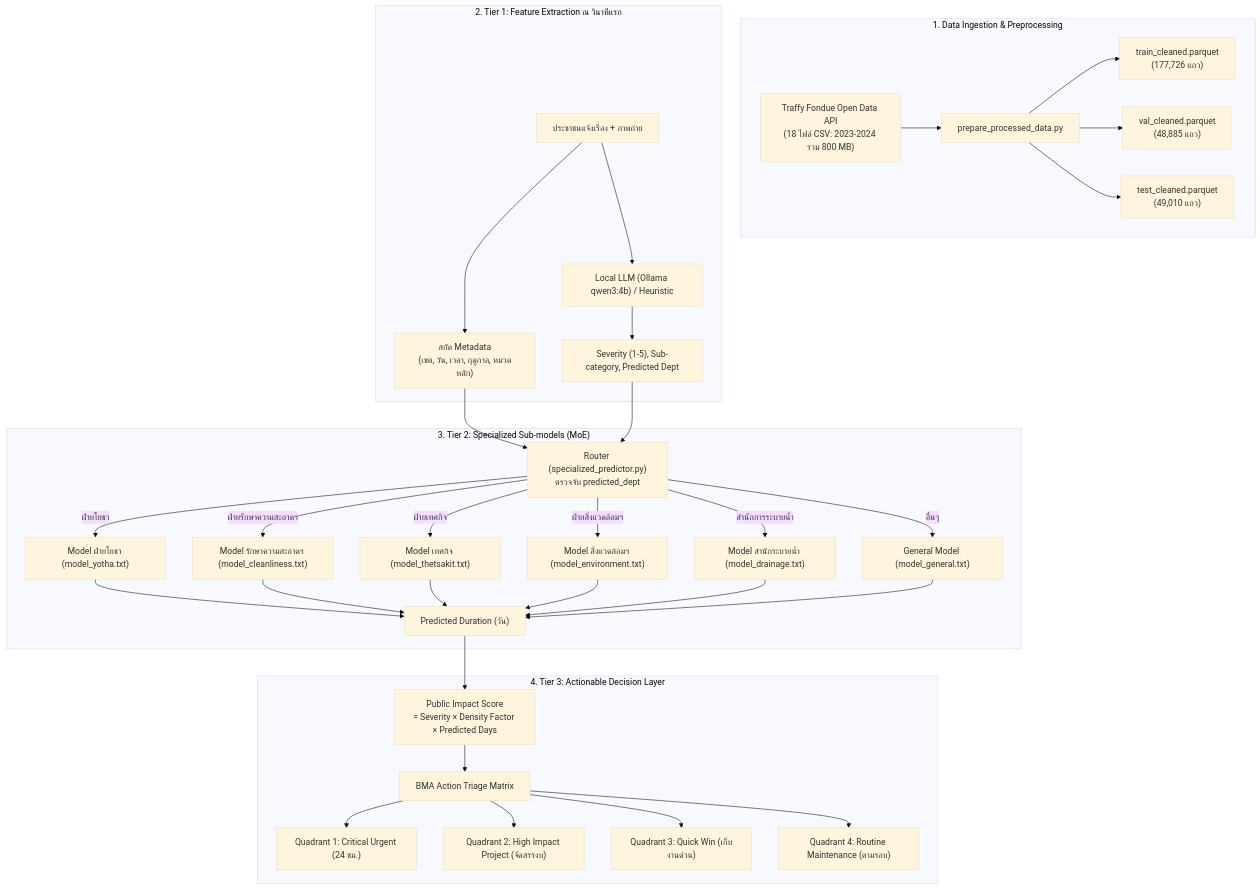
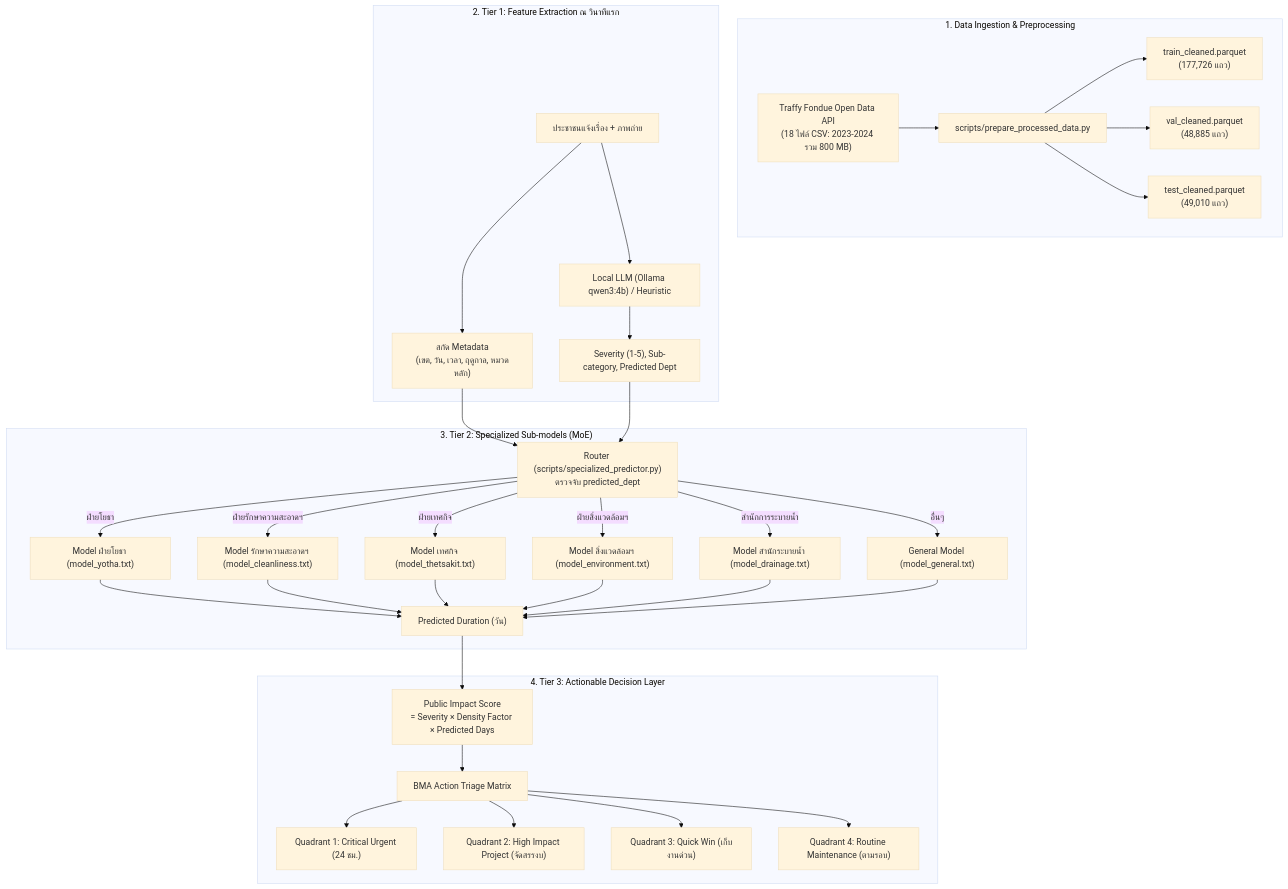
Before and after one commit to dewdew978/traffy-fondue-ml-: the diagram in SYSTEM_DOCUMENTATION.md, drawn with Mermaid (base theme). The commit also changed other lines of this file and 22 other files, not shown here.

Commit message:
feat: update pipeline to CRISP-DM standard, integrate BMA district open data, and clean tracked scripts

````diff
--- a/SYSTEM_DOCUMENTATION.md
+++ b/SYSTEM_DOCUMENTATION.md
@@ -37,35 +51,35 @@
 ```mermaid
 flowchart TD
     subgraph DataIngestion["1. Data Ingestion & Preprocessing"]
-        A["Traffy Fondue Open Data API<br>(18 ไฟล์ CSV: 2023-2024 รวม 800 MB)"] --> B["prepare_processed_data.py"]
+        A["Traffy Fondue Open Data API<br>(18 ไฟล์ CSV: 2023-2024 รวม 800 MB)"] --> B["scripts/prepare_processed_data.py"]
         B --> C1["train_cleaned.parquet<br>(177,726 แถว)"]
         B --> C2["val_cleaned.parquet<br>(48,885 แถว)"]
         B --> C3["test_cleaned.parquet<br>(49,010 แถว)"]
     end
 
     subgraph FeatureTier["2. Tier 1: Feature Extraction ณ วินาทีแรก"]
         D["ประชาชนแจ้งเรื่อง + ภาพถ่าย"] --> E1["สกัด Metadata<br>(เขต, วัน, เวลา, ฤดูกาล, หมวดหลัก)"]
         D --> E2["Local LLM (Ollama qwen3:4b) / Heuristic"]
         E2 --> E3["Severity (1-5), Sub-category, Predicted Dept"]
     end
 
     subgraph ModelTier["3. Tier 2: Specialized Sub-models (MoE)"]
-        E1 & E3 --> F["Router (specialized_predictor.py)<br>ตรวจจับ predicted_dept"]
+        E1 & E3 --> F["Router (scripts/specialized_predictor.py)<br>ตรวจจับ predicted_dept"]
         F -->|"ฝ่ายโยธา"| M1["Model ฝ่ายโยธา (model_yotha.txt)"]
         F -->|"ฝ่ายรักษาความสะอาดฯ"| M2["Model รักษาความสะอาดฯ (model_cleanliness.txt)"]
         F -->|"ฝ่ายเทศกิจ"| M3["Model เทศกิจ (model_thetsakit.txt)"]
         F -->|"ฝ่ายสิ่งแวดล้อมฯ"| M4["Model สิ่งแวดล้อมฯ (model_environment.txt)"]
         F -->|"สำนักการระบายน้ำ"| M5["Model สำนักระบายน้ำ (model_drainage.txt)"]
         F -->|"อื่นๆ"| M6["General Model (model_general.txt)"]
         M1 & M2 & M3 & M4 & M5 & M6 --> G["Predicted Duration (วัน)"]
     end
 
     subgraph DecisionTier["4. Tier 3: Actionable Decision Layer"]
         G --> H["Public Impact Score<br>= Severity × Density Factor × Predicted Days"]
         H --> I["BMA Action Triage Matrix"]
         I --> J1["Quadrant 1: Critical Urgent (24 ชม.)"]
         I --> J2["Quadrant 2: High Impact Project (จัดสรรงบ)"]
         I --> J3["Quadrant 3: Quick Win (เก็บงานด่วน)"]
         I --> J4["Quadrant 4: Routine Maintenance (ตามรอบ)"]
     end
 ```
````
